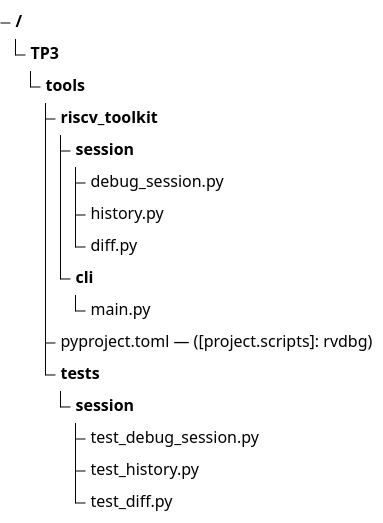
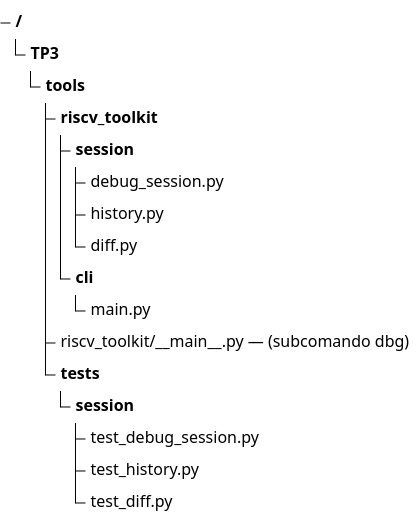
Before and after one commit to nicopinera/tps-arqui: diagram 35 of 47 in docs/PRD-pipeline-riscv.md, drawn with Mermaid. The commit also changed other lines of this file and 8 other files, not shown here.

````diff
--- a/docs/PRD-pipeline-riscv.md
+++ b/docs/PRD-pipeline-riscv.md
@@ -1760,18 +1760,18 @@
 ```mermaid
 treeView-beta
     "TP3/"
         "tools/"
             "riscv_toolkit/"
                 "session/"
                     "debug_session.py"
                     "history.py"
                     "diff.py"
                 "cli/"
                     "main.py"
-            "pyproject.toml — ([project.scripts]: rvdbg)"
+            "riscv_toolkit/__main__.py — (subcomando dbg)"
             "tests/"
                 "session/"
                     "test_debug_session.py"
                     "test_history.py"
                     "test_diff.py"
 ```
````
